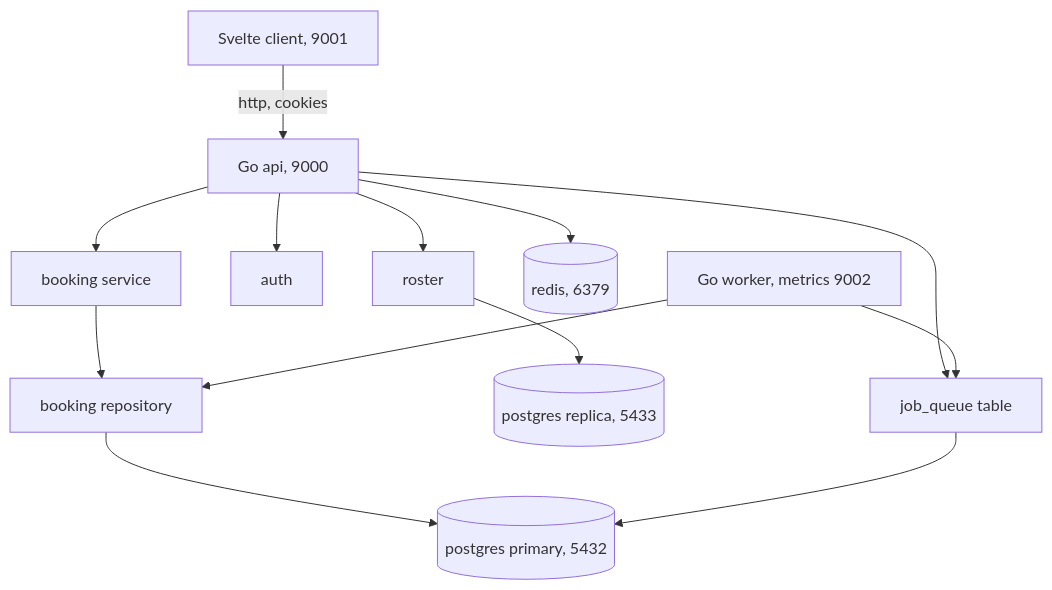
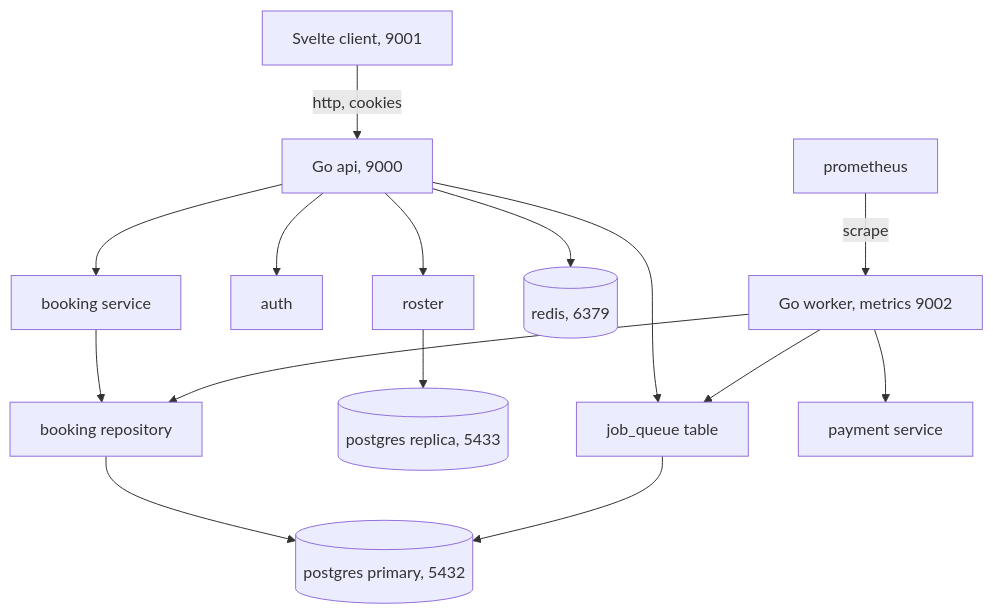
One commit to prothegee/ottodot-trial-booking_seat changed the second of 5 diagrams in backend/HLD.md. Above: the diagram before and after it, drawn with Mermaid. The commit also changed other lines of this file, not shown here.

Commit message:
add the worker to high level design

````diff
--- a/backend/HLD.md
+++ b/backend/HLD.md
@@ -29,19 +29,21 @@
 ```mermaid
 flowchart TD
     client[Svelte client, 9001] -->|http, cookies| api[Go api, 9000]
 
     api --> booking[booking service]
     api --> auth[auth]
     api --> roster[roster]
 
     booking --> repo[booking repository]
     repo --> primary[(postgres primary, 5432)]
     roster --> replica[(postgres replica, 5433)]
 
     api --> redis[(redis, 6379)]
     api --> queue[job_queue table]
     queue --> primary
 
     worker[Go worker, metrics 9002] --> queue
     worker --> repo
+    worker --> pay[payment service]
+    prom[prometheus] -->|scrape| worker
 ```
````
